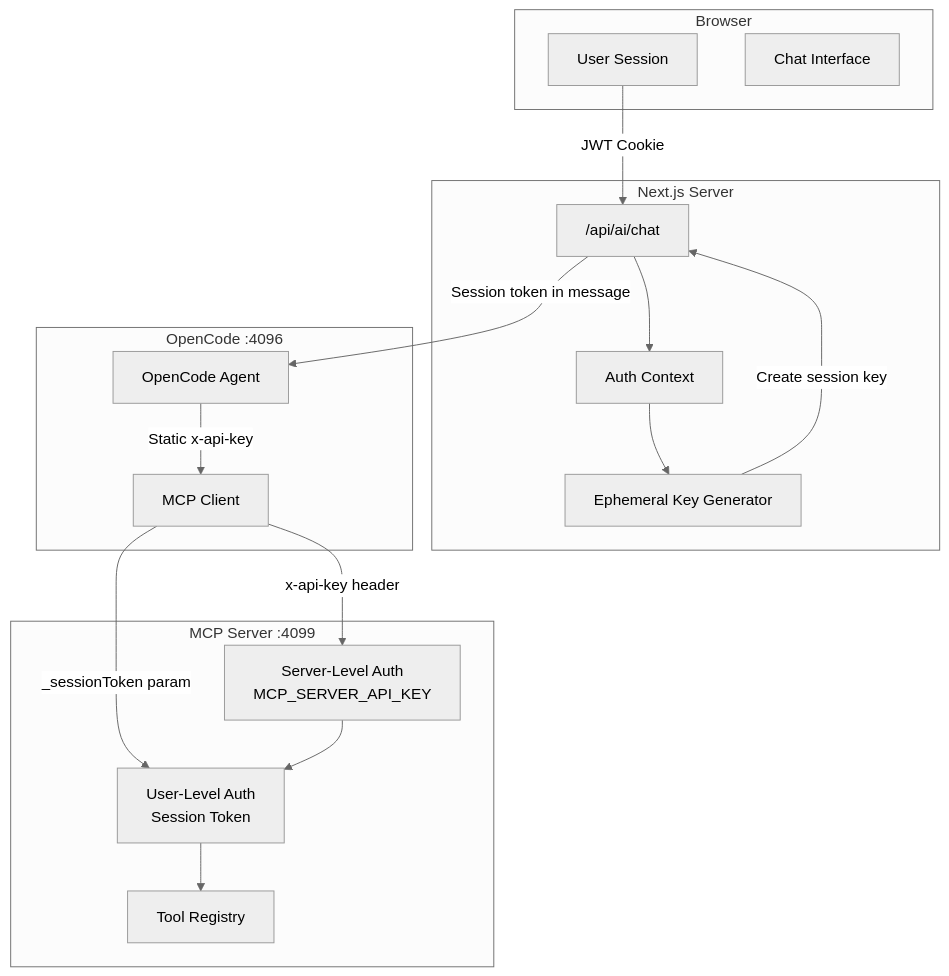
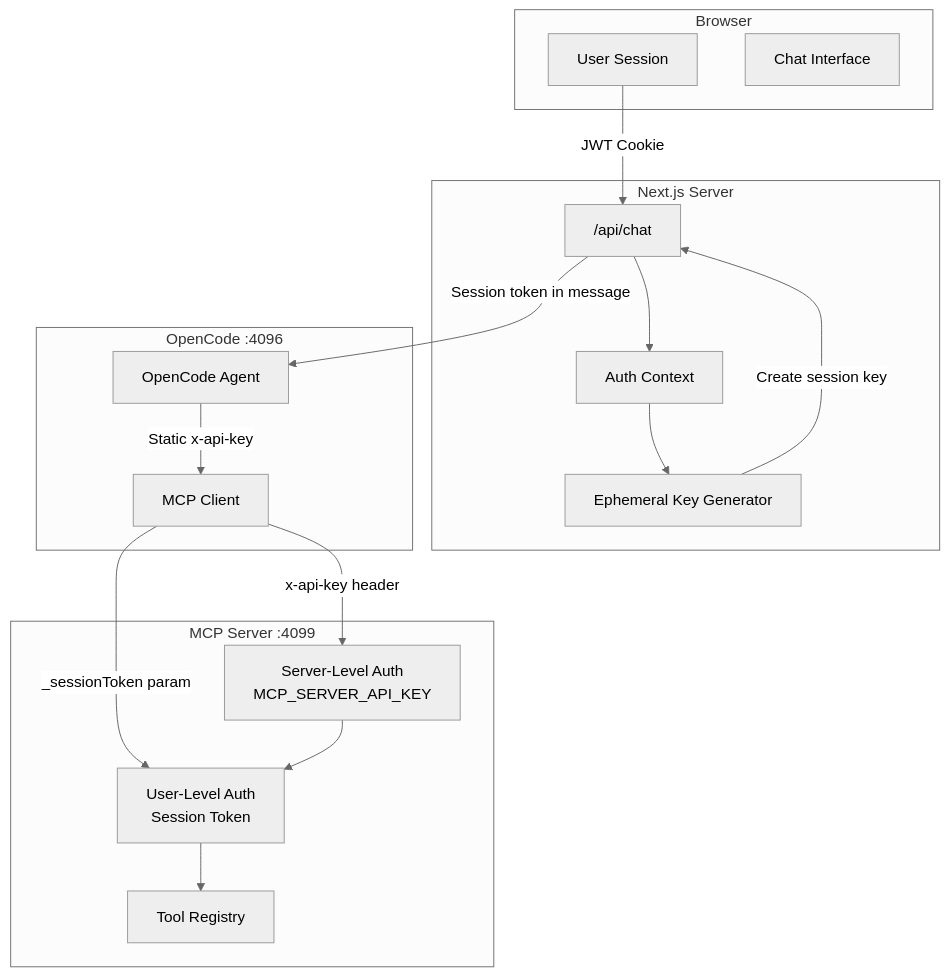
One commit to open-mercato/open-mercato changed diagram 14 of 15 in packages/ai-assistant/README.md. Above: the diagram before and after it, drawn with Mermaid (neutral theme). The commit also changed other lines of this file and 40 other files, not shown here.

````diff
--- a/packages/ai-assistant/README.md
+++ b/packages/ai-assistant/README.md
@@ -681,35 +677,35 @@
 ```mermaid
 graph TB
     subgraph "Browser"
         User[User Session]
         Chat[Chat Interface]
     end
 
     subgraph "Next.js Server"
-        API["/api/ai/chat"]
+        API["/api/chat"]
         Auth[Auth Context]
         EphKey[Ephemeral Key Generator]
     end
 
     subgraph "OpenCode :4096"
         OC[OpenCode Agent]
         MCPClient[MCP Client]
     end
 
     subgraph "MCP Server :4099"
         ServerAuth[Server-Level Auth<br/>MCP_SERVER_API_KEY]
         UserAuth[User-Level Auth<br/>Session Token]
         Tools[Tool Registry]
     end
 
     User -->|JWT Cookie| API
     API --> Auth
     Auth --> EphKey
     EphKey -->|Create session key| API
     API -->|Session token in message| OC
     OC -->|Static x-api-key| MCPClient
     MCPClient -->|x-api-key header| ServerAuth
     MCPClient -->|_sessionToken param| UserAuth
     ServerAuth --> UserAuth
     UserAuth --> Tools
 ```
````
